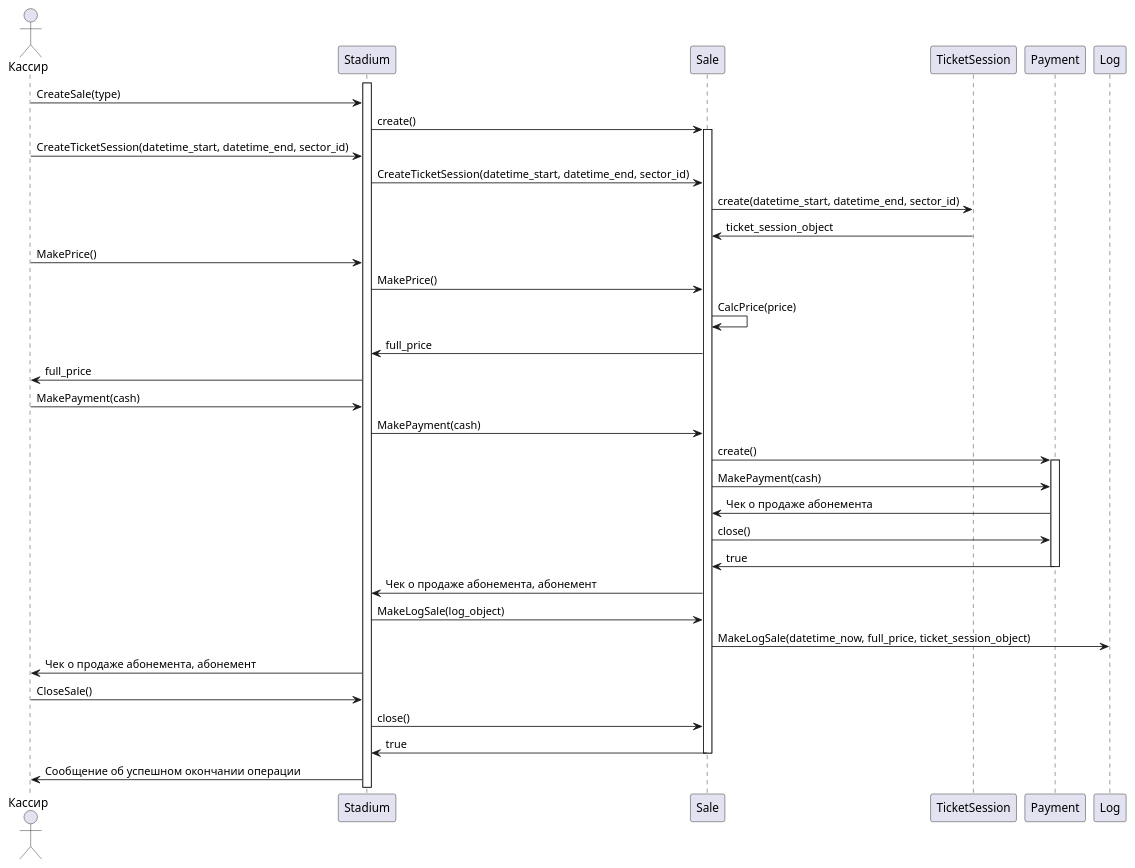
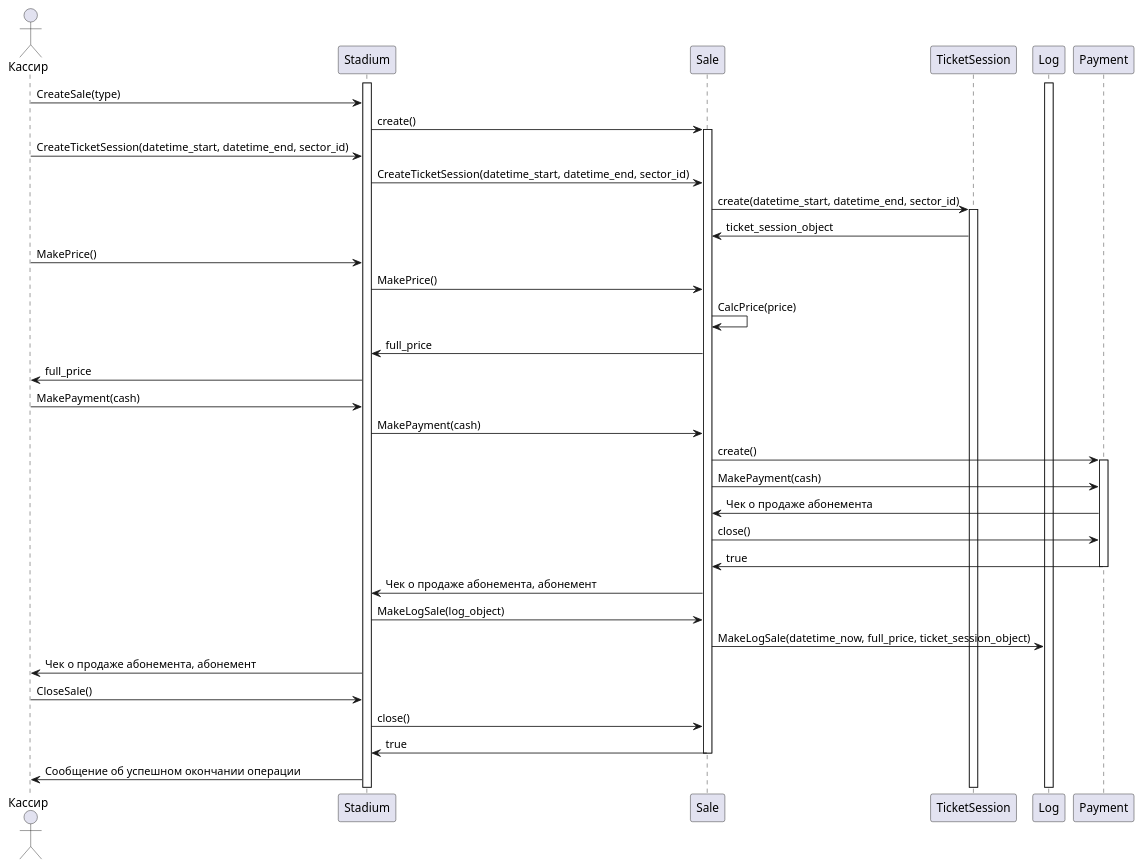
The diagram in Прецеденты/Диаграмма продажи абонемента.md (penamarth/bsbo-03-23_team4_var10_football), drawn with PlantUML before and after one commit. The commit also changed 4 other files, not shown here.

````diff
--- a/Прецеденты/Диаграмма продажи абонемента.md
+++ b/Прецеденты/Диаграмма продажи абонемента.md
@@ -1,50 +1,54 @@
 ```plantuml
 @startuml
 actor Кассир
 
 activate Stadium
+participant Sale
+participant TicketSession
+activate Log
 
 Кассир -> Stadium : CreateSale(type)
 Stadium -> Sale : create()
 activate Sale
 
 Кассир -> Stadium : CreateTicketSession(datetime_start, datetime_end, sector_id)
 Stadium -> Sale : CreateTicketSession(datetime_start, datetime_end, sector_id)
 Sale -> TicketSession : create(datetime_start, datetime_end, sector_id)
+activate TicketSession
 Sale <- TicketSession : ticket_session_object
 
 
 Кассир -> Stadium : MakePrice()
 Stadium -> Sale : MakePrice()
 
 Sale -> Sale : CalcPrice(price)
 
 
 Stadium <- Sale : full_price
 Кассир <- Stadium : full_price
 
 Кассир -> Stadium : MakePayment(cash)
 Stadium -> Sale : MakePayment(cash)
 Sale -> Payment : create()
 
 activate Payment
 Sale -> Payment : MakePayment(cash)
 Sale <- Payment : Чек о продаже абонемента
 Sale -> Payment : close()
 Sale <- Payment : true
 deactivate Payment
 
 Stadium <- Sale : Чек о продаже абонемента, абонемент
 
 Stadium -> Sale : MakeLogSale(log_object)
 Sale -> Log : MakeLogSale(datetime_now, full_price, ticket_session_object)
 
 Кассир <- Stadium : Чек о продаже абонемента, абонемент
 
 Кассир -> Stadium : CloseSale()
 Stadium -> Sale : close()
 Stadium <- Sale : true
 deactivate Sale
 Кассир <- Stadium : Сообщение об успешном окончании операции
 @enduml
 ```
````
